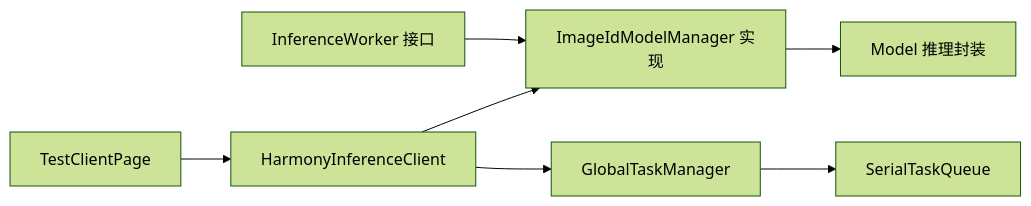
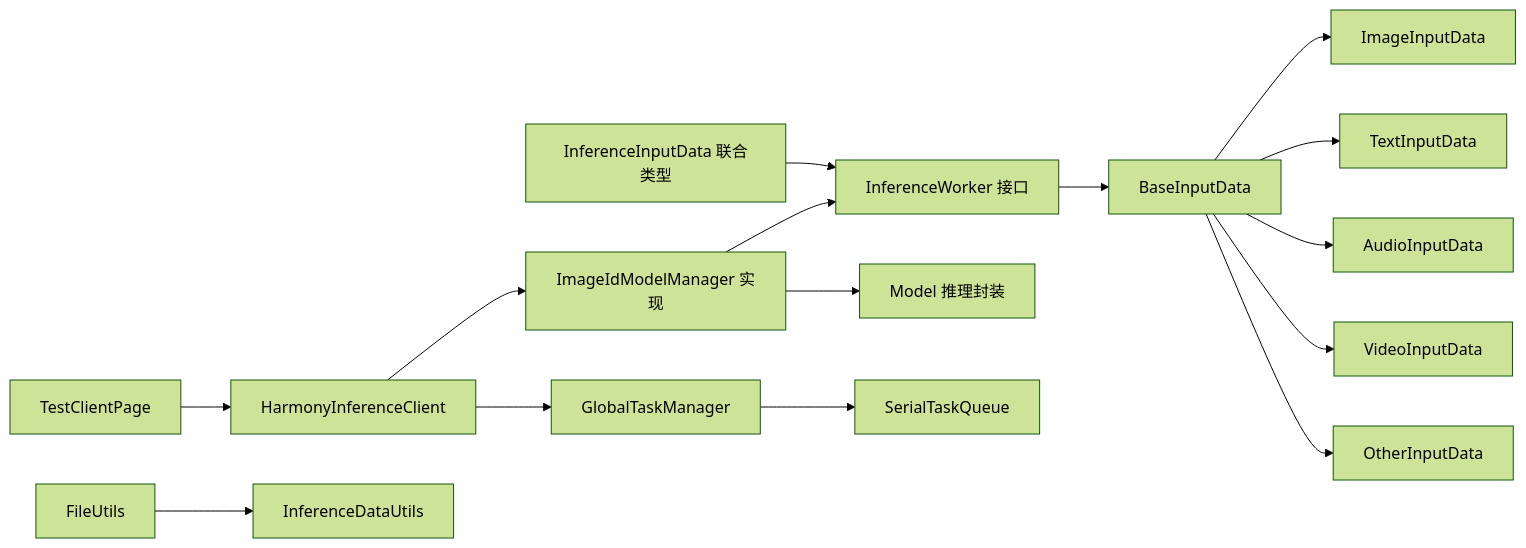
Before and after one commit to huo65/OH-Co3: the third of 3 diagrams in .qoder/repowiki/zh/content/推理核心模块/推理工作者接口.md, drawn with Mermaid (forest theme). The commit also changed other lines of this file and 15 other files, not shown here.

````diff
--- a/.qoder/repowiki/zh/content/推理核心模块/推理工作者接口.md
+++ b/.qoder/repowiki/zh/content/推理核心模块/推理工作者接口.md
@@ -289,9 +337,17 @@
 ```mermaid
 graph LR
-IW["InferenceWorker 接口"] --> IM["ImageIdModelManager 实现"]
+IW["InferenceWorker 接口"] --> BID["BaseInputData"]
+BID --> IID["ImageInputData"]
+BID --> TID["TextInputData"]
+BID --> AID["AudioInputData"]
+BID --> VID["VideoInputData"]
+BID --> OID["OtherInputData"]
+IIT["InferenceInputData 联合类型"] --> IW
+IM["ImageIdModelManager 实现"] --> IW
 IM --> MS["Model 推理封装"]
 HIC["HarmonyInferenceClient"] --> GTM["GlobalTaskManager"]
 GTM --> STQ["SerialTaskQueue"]
 HIC --> IM
 TCP["TestClientPage"] --> HIC
+FDU["FileUtils"] --> IDU["InferenceDataUtils"]
 ```
````
